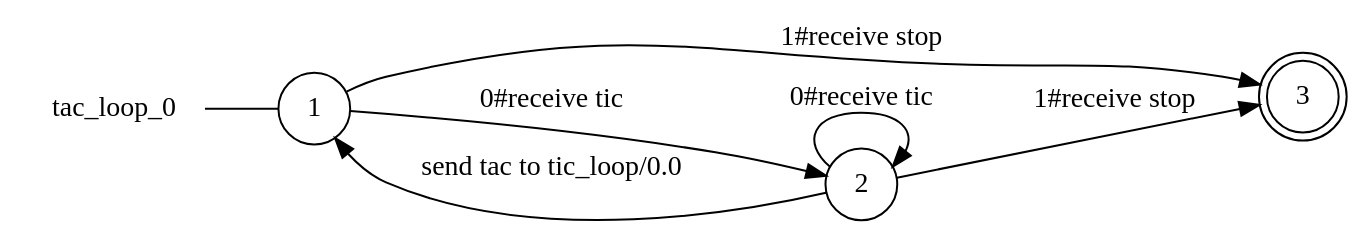
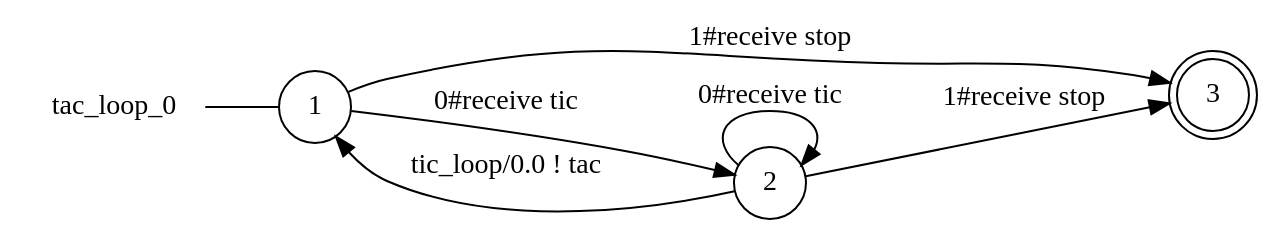
Before and after one commit to gabrielegenovese/chorer: the diagram in examples/ticktackstop/tac_loop_0_local_view.dot, drawn with Graphviz. The commit also changed 56 other files, not shown here.

Commit message:
updated send label format in "proc ! data"

```diff
--- a/examples/ticktackstop/tac_loop_0_local_view.dot
+++ b/examples/ticktackstop/tac_loop_0_local_view.dot
@@ -1,14 +1,14 @@
 digraph tac_loop_0 {
 	rankdir="LR";
 	n_0 [label="tac_loop_0", shape="plaintext"];
 	n_1 [id="1", shape=circle, label="1"];
 	n_0 -> n_1 [arrowhead=none];
 	n_2 [id="4", shape=doublecircle, label="3"];
 	n_3 [id="3", shape=circle, label="2"];
 
+	n_3 -> n_2 [id="[$e|2]", label="1#receive stop"];
 	n_1 -> n_2 [id="[$e|6]", label="1#receive stop"];
-	n_3 -> n_2 [id="[$e|1]", label="1#receive stop"];
-	n_3 -> n_1 [id="[$e|7]", label="send tac to tic_loop/0.0"];
+	n_3 -> n_1 [id="[$e|7]", label="tic_loop/0.0 ! tac"];
 	n_1 -> n_3 [id="[$e|5]", label="0#receive tic"];
 	n_3 -> n_3 [id="[$e|4]", label="0#receive tic"];
 }
```
